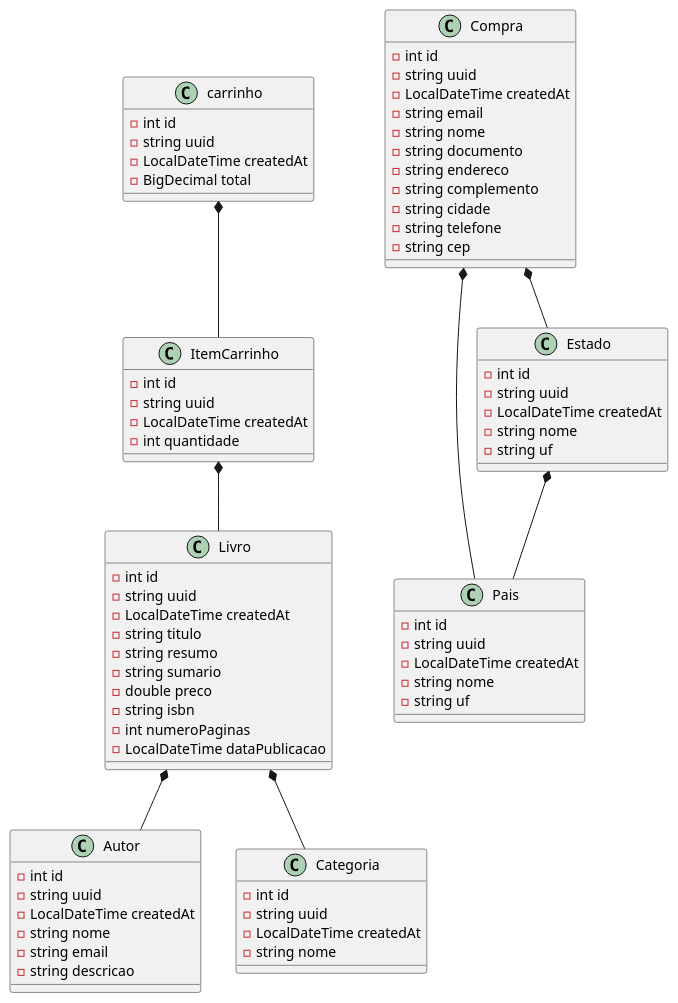
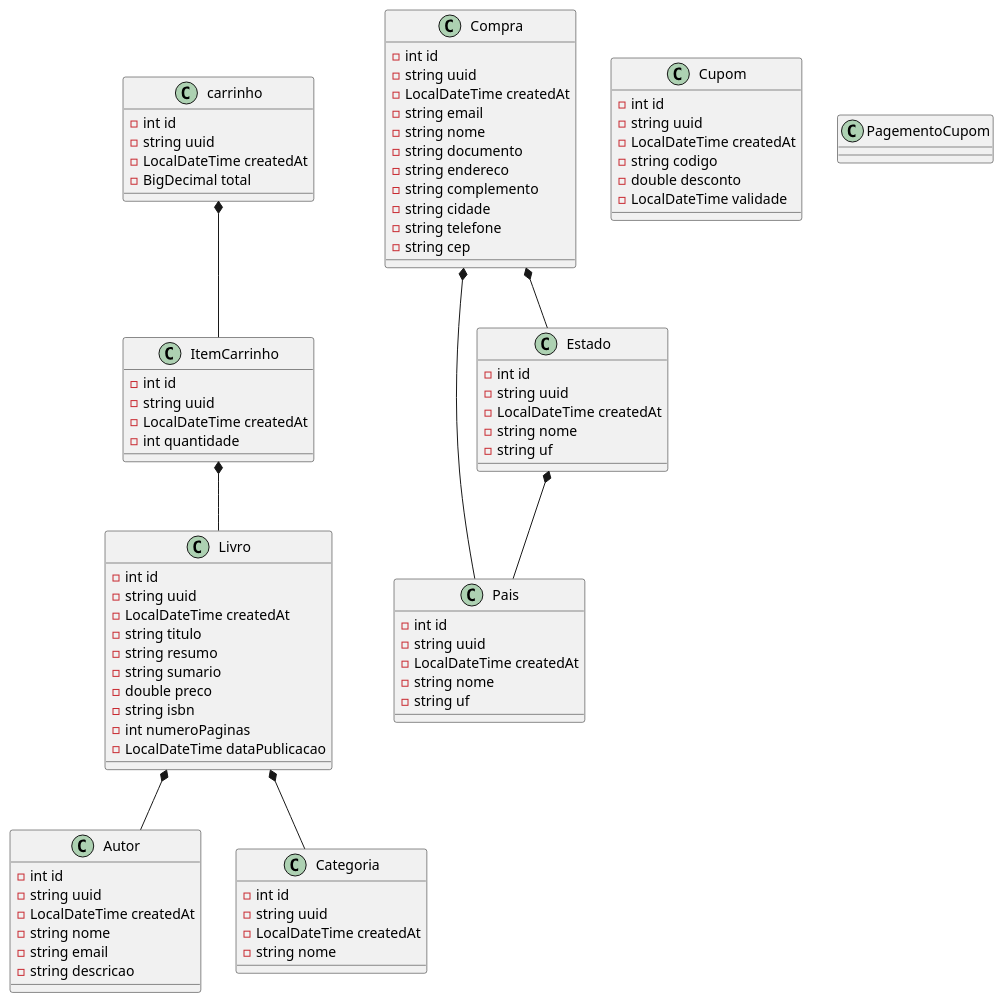
The diagram in arquitetura/autor.plantuml (fabriciosouza21/seed-desafio-cdc), drawn with PlantUML before and after one commit. The commit also changed 9 other files, not shown here.

```diff
--- a/arquitetura/autor.plantuml
+++ b/arquitetura/autor.plantuml
@@ -1,91 +1,102 @@
 @startuml
 
 class Autor {
 	-int id
 	-string uuid
 	-LocalDateTime createdAt
 	-string nome
 	-string email
 	-string descricao
 }
 
 class Categoria {
 	-int id
 	-string uuid
 	-LocalDateTime createdAt
 	-string nome
 }
 
 class Livro {
 	-int id
 	-string uuid
 	-LocalDateTime createdAt
 	-string titulo
 	-string resumo
 	-string sumario
 	-double preco
 	-string isbn
 	-int numeroPaginas
 	-LocalDateTime dataPublicacao
 }
 
 Livro *-- Categoria
 Livro *-- Autor
 
 class Pais {
 	-int id
 	-string uuid
 	-LocalDateTime createdAt
 	-string nome
 	-string uf
 }
 
 class Estado {
 	-int id
 	-string uuid
 	-LocalDateTime createdAt
 	-string nome
 	-string uf
 }
 
 Estado *-- Pais
 
 class Compra {
 	-int id
 	-string uuid
 	-LocalDateTime createdAt
 	-string email
 	-string nome
 	-string documento
 	-string endereco
 	-string complemento
 	-string cidade
 	-string telefone
 	-string cep
 }
 
 Compra *-- Pais
 Compra *-- Estado
 
 class carrinho {
 	-int id
 	-string uuid
 	-LocalDateTime createdAt
 	-BigDecimal total
 }
 
 class ItemCarrinho {
 	-int id
 	-string uuid
 	-LocalDateTime createdAt
 	-int quantidade
 }
 
 carrinho *-- ItemCarrinho
 
 ItemCarrinho *-- Livro
 
+class Cupom {
+	-int id
+	-string uuid
+	-LocalDateTime createdAt
+	-string codigo
+	-double desconto
+	-LocalDateTime validade
+}
 
 
+class PagementoCupom {
+
+}
 
 @enduml
```
